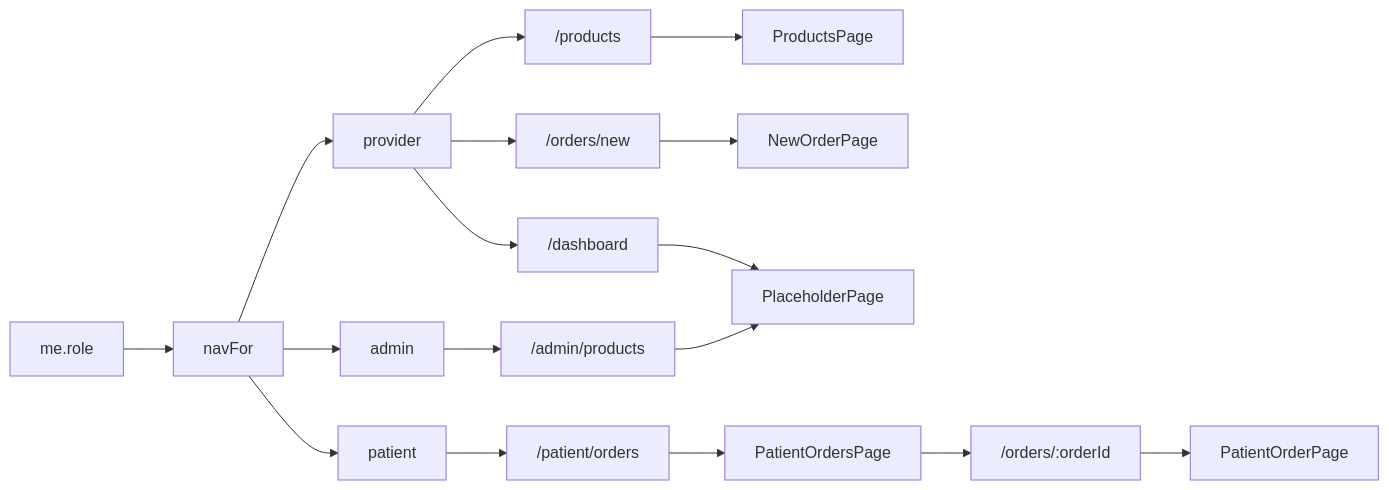
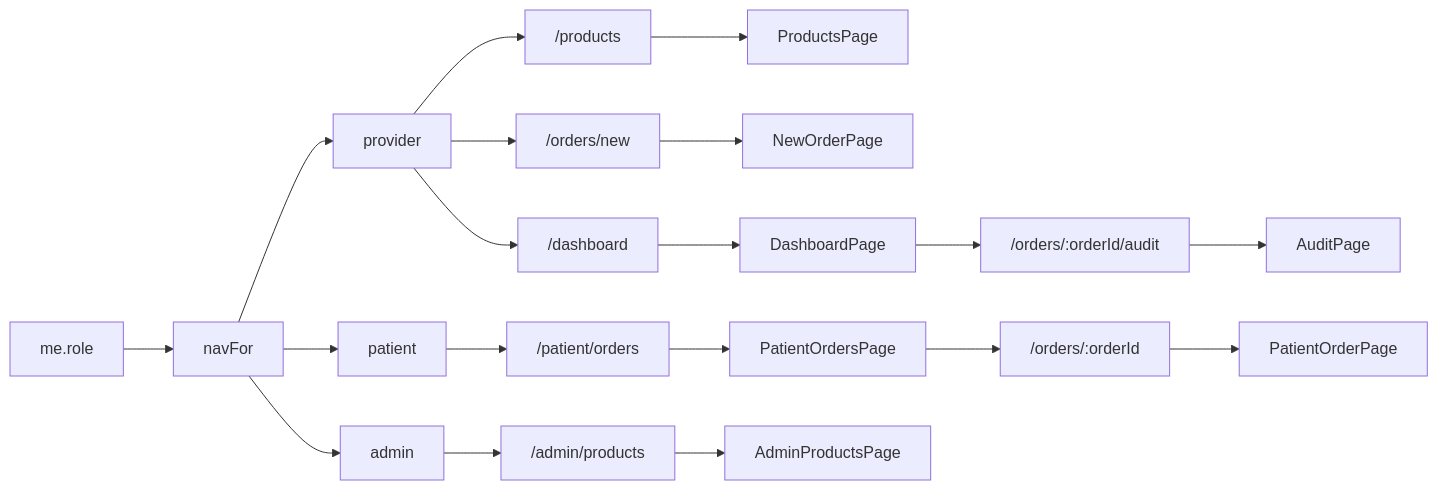
One commit to drtclem/cerbo_wk1 changed the second of 10 diagrams in docs/diagrams/flows/frontend-shell.md. Above: the diagram before and after it, drawn with Mermaid. The commit also changed other lines of this file and 8 other files, not shown here.

Commit message:
T15: dashboard, audit view, admin page

````diff
--- a/docs/diagrams/flows/frontend-shell.md
+++ b/docs/diagrams/flows/frontend-shell.md
@@ -52,19 +52,21 @@
 ```mermaid
 flowchart LR
   role["me.role"] --> navFor["navFor"]
   navFor --> provider["provider"]
   navFor --> patient["patient"]
   navFor --> admin["admin"]
   provider --> products["/products"]
   provider --> newOrder["/orders/new"]
   provider --> dashboard["/dashboard"]
   patient --> myOrders["/patient/orders"]
   admin --> stock["/admin/products"]
   products --> productsPage["ProductsPage"]
   newOrder --> newOrderPage["NewOrderPage"]
-  dashboard --> placeholder["PlaceholderPage"]
+  dashboard --> dashboardPage["DashboardPage"]
   myOrders --> ordersPage["PatientOrdersPage"]
   ordersPage --> orderRoute["/orders/:orderId"]
   orderRoute --> orderPage["PatientOrderPage"]
-  stock --> placeholder
+  dashboardPage --> auditRoute["/orders/:orderId/audit"]
+  auditRoute --> auditPage["AuditPage"]
+  stock --> adminPage["AdminProductsPage"]
 ```
````
